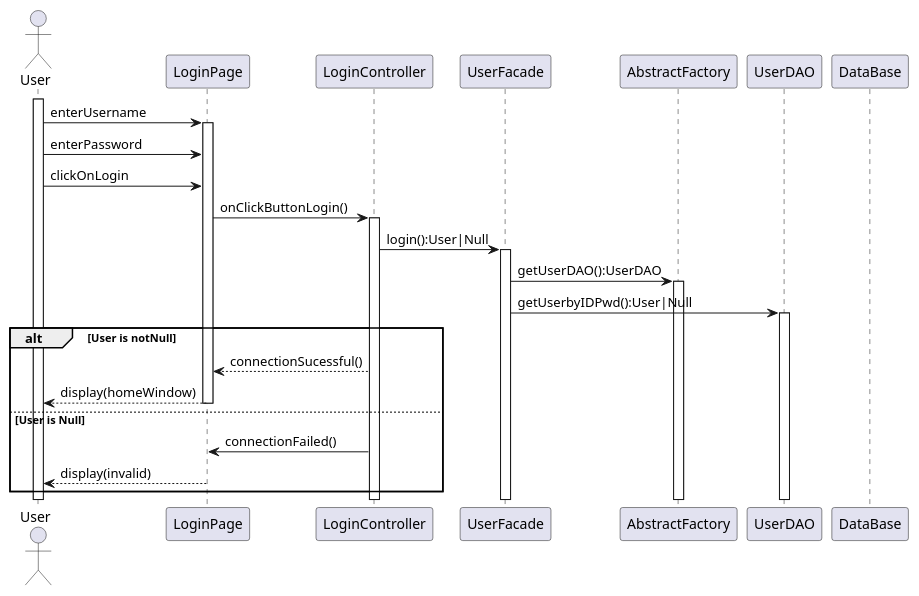
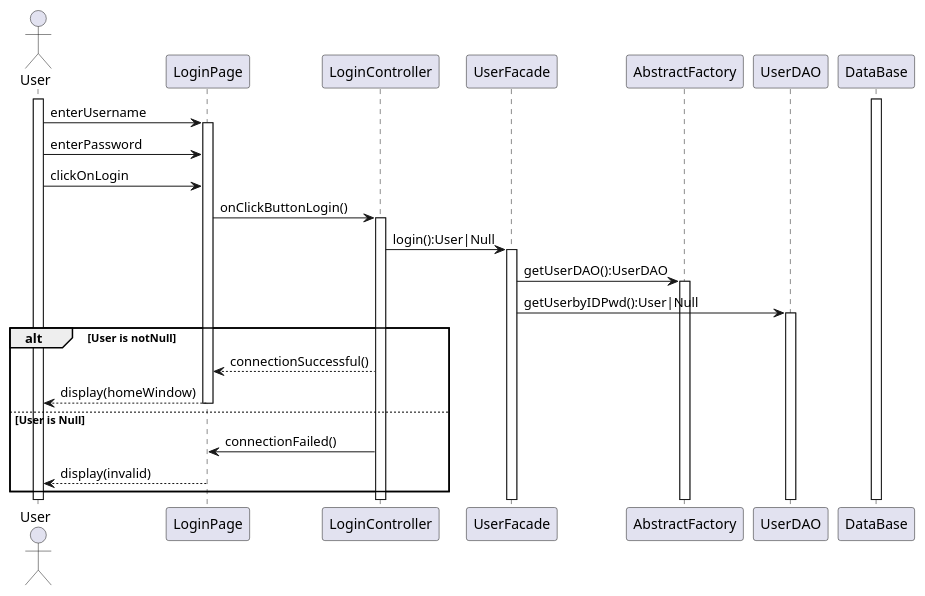
One commit to iusildra/WineCellar changed the diagram in doc/reports/prototype/plantuml/loginSequence.plantuml. Above: the diagram before and after it, drawn with PlantUML. The commit also changed 2 other files, not shown here.

Commit message:
diagramm for recipe management

```diff
--- a/doc/reports/prototype/plantuml/loginSequence.plantuml
+++ b/doc/reports/prototype/plantuml/loginSequence.plantuml
@@ -1,30 +1,31 @@
 @startuml
 skinparam responseMessageBelowArrow true
 
 actor User
 participant LoginPage
 participant LoginController
 participant UserFacade
 participant AbstractFactory
 participant UserDAO
 participant DataBase
 
 activate User
+activate DataBase
 
 User -> LoginPage++: enterUsername
 User -> LoginPage: enterPassword
 User -> LoginPage: clickOnLogin
 LoginPage -> LoginController++: onClickButtonLogin()
 LoginController -> UserFacade++: login():User|Null
 UserFacade -> AbstractFactory++: getUserDAO():UserDAO
 UserFacade -> UserDAO++: getUserbyIDPwd():User|Null
 
 alt User is notNull
-    LoginController --> LoginPage: connectionSucessful()
+    LoginController --> LoginPage: connectionSuccessful()
     LoginPage --> User--: display(homeWindow)
 else User is Null
     LoginController -> LoginPage: connectionFailed()
     LoginPage --> User--: display(invalid)
 end
 
 @enduml
```
